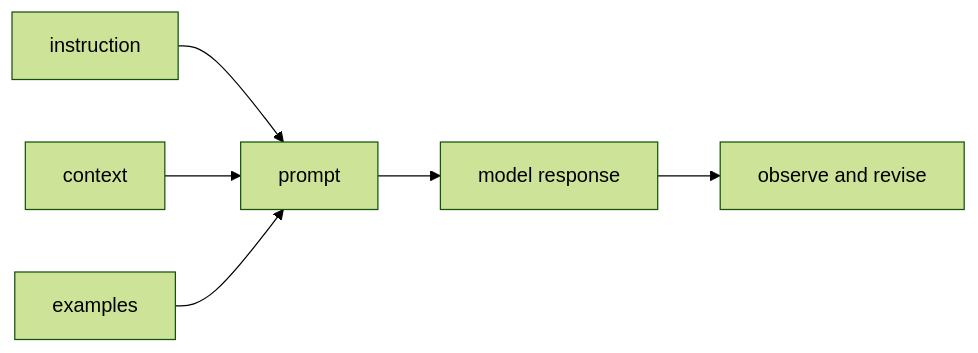
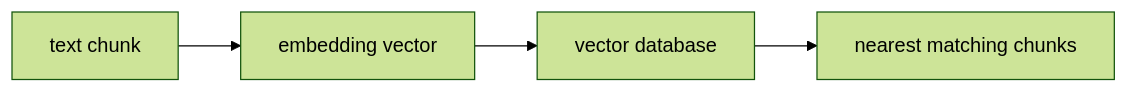
The diagram in docs/parts/part-05/chapter-11/section-01.md (devchan64/AiBook), drawn with Mermaid (forest theme) before and after one commit. The commit also changed other lines of this file and 47 other files, not shown here.

````diff
--- a/docs/parts/part-05/chapter-11/section-01.md
+++ b/docs/parts/part-05/chapter-11/section-01.md
@@ -152,14 +118,9 @@
 ```mermaid
 flowchart LR
-  A["instruction"]
-  B["context"]
-  C["examples"]
-  D["prompt"]
-  E["model response"]
-  F["observe and revise"]
+  A["text chunk"]
+  B["embedding vector"]
+  C["vector database"]
+  D["nearest matching chunks"]
 
-  A --> D
-  B --> D
-  C --> D
-  D --> E --> F
+  A --> B --> C --> D
 ```
````
